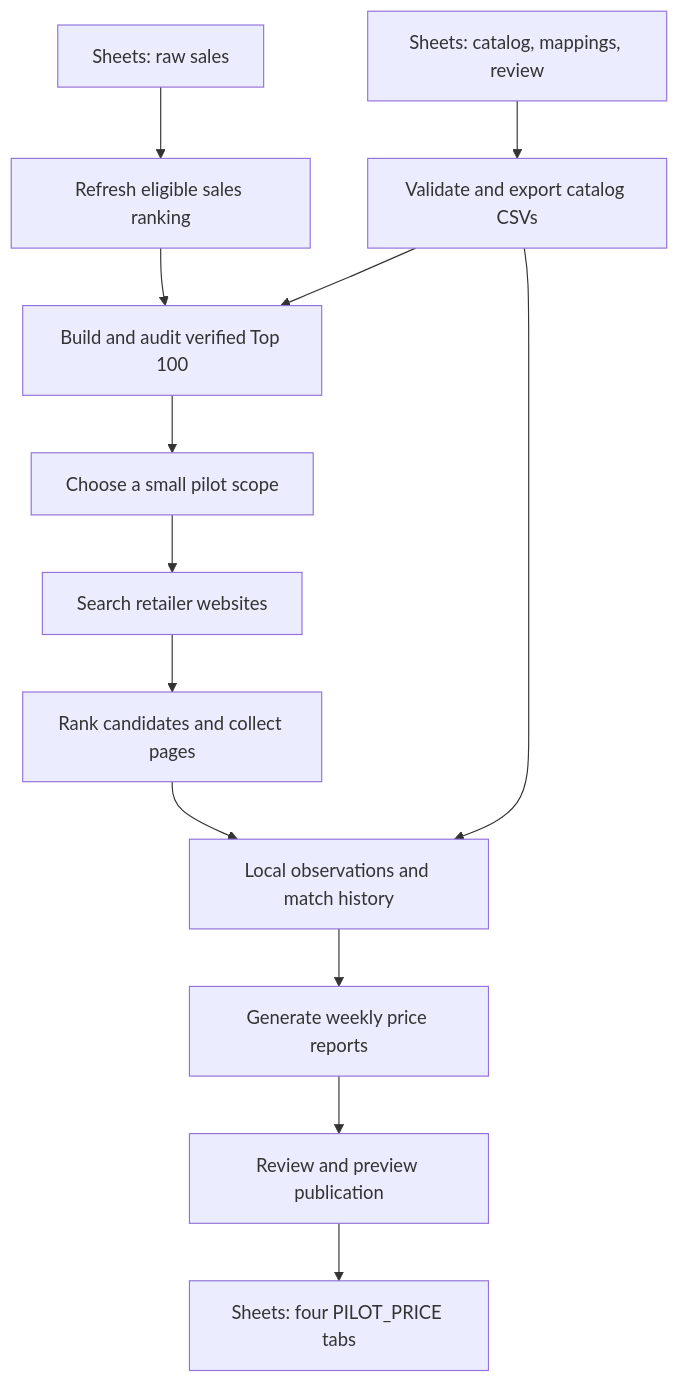
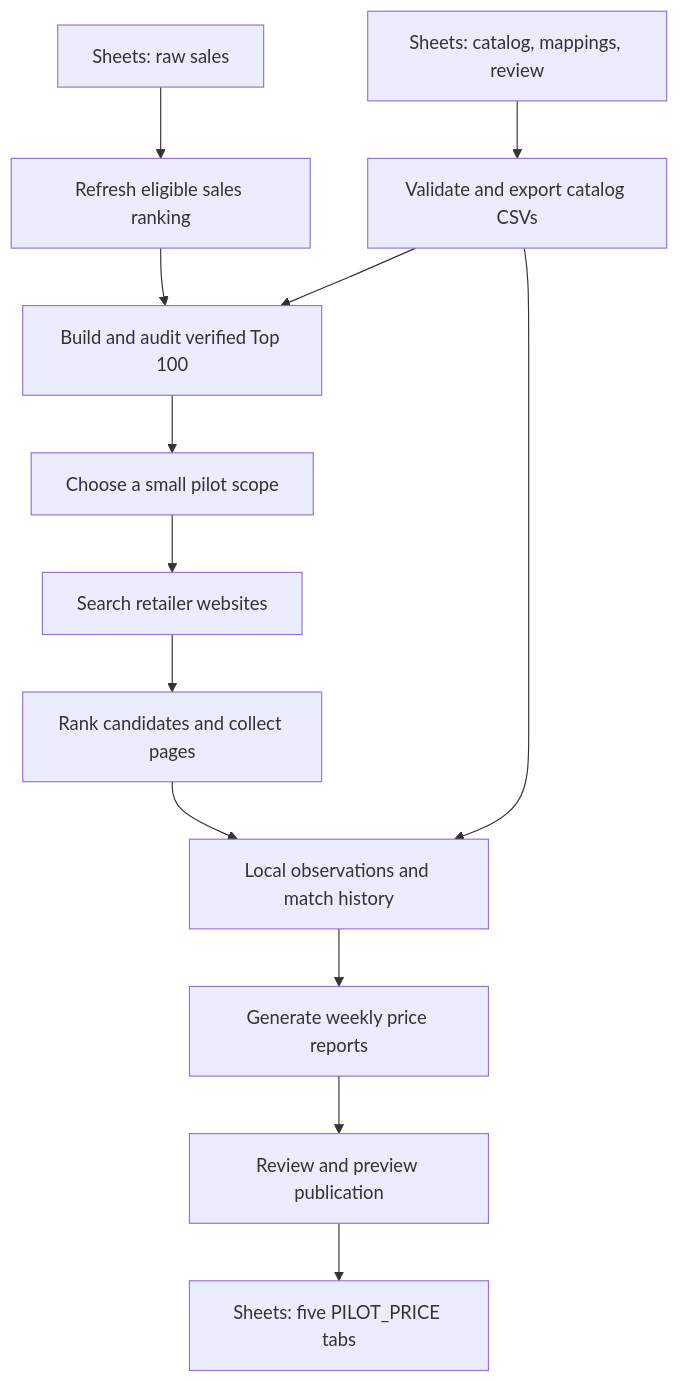
Before and after one commit to jarlericaa/laptop-price-tracker: the diagram in docs/WEEKLY_WORKFLOW.md, drawn with Mermaid. The commit also changed other lines of this file and 7 other files, not shown here.

````diff
--- a/docs/WEEKLY_WORKFLOW.md
+++ b/docs/WEEKLY_WORKFLOW.md
@@ -28,15 +28,15 @@
 ```mermaid
 flowchart TD
     raw["Sheets: raw sales"] --> sales["Refresh eligible sales ranking"]
     catalog["Sheets: catalog, mappings, review"] --> copies["Validate and export catalog CSVs"]
     sales --> top["Build and audit verified Top 100"]
     copies --> top
     top --> scope["Choose a small pilot scope"]
     scope --> search["Search retailer websites"]
     search --> pages["Rank candidates and collect pages"]
     pages --> store["Local observations and match history"]
     copies --> store
     store --> reports["Generate weekly price reports"]
     reports --> preview["Review and preview publication"]
-    preview --> output["Sheets: four PILOT_PRICE tabs"]
+    preview --> output["Sheets: five PILOT_PRICE tabs"]
 ```
````
